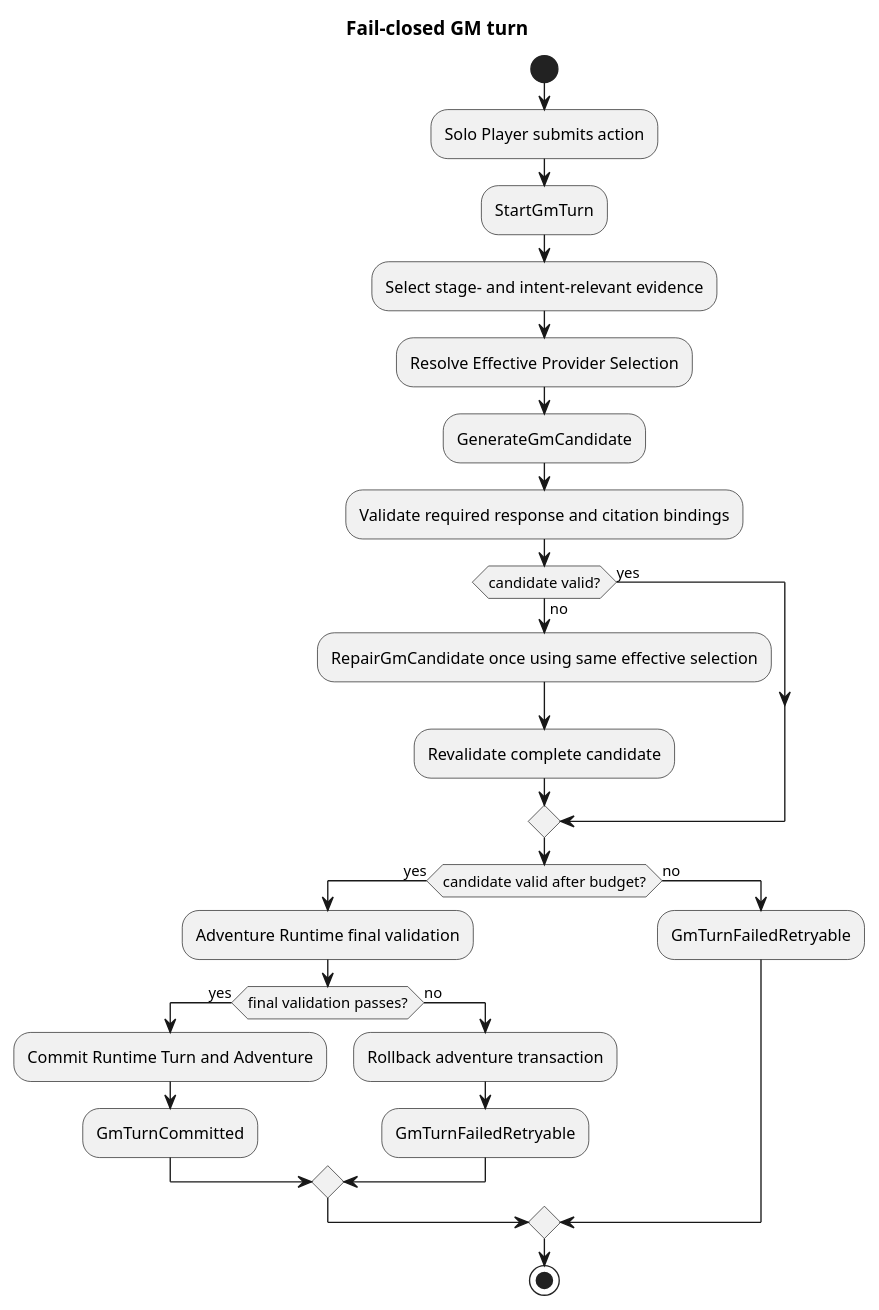
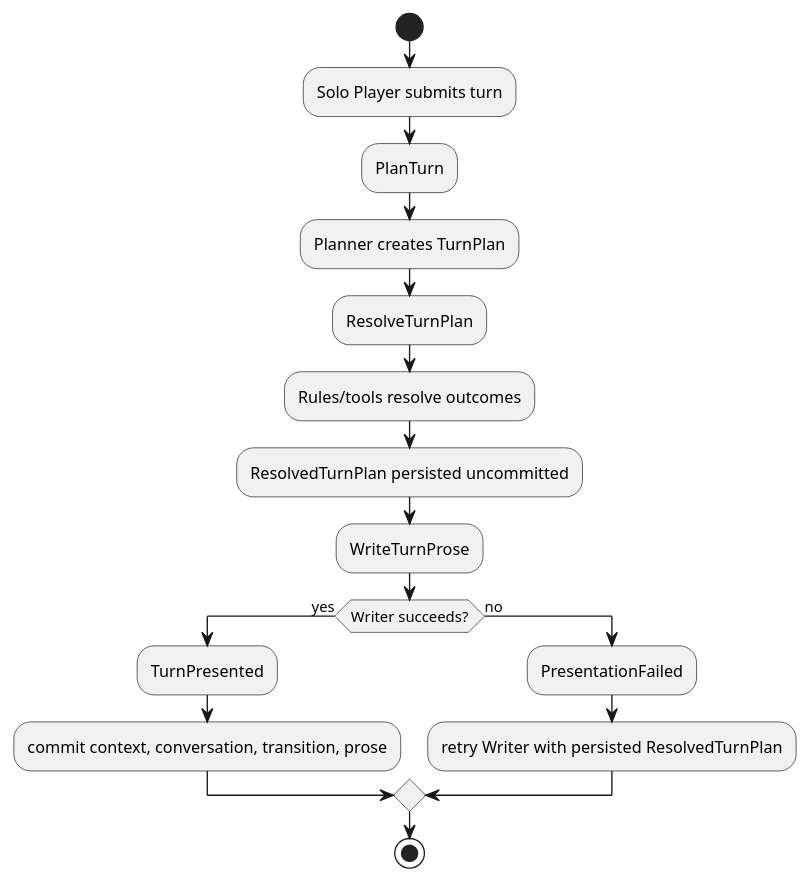
The first of 2 diagrams in docs/specs/architecture-spec.md (omegafrog/dnd-master), drawn with PlantUML before and after one commit. The commit also changed other lines of this file and 6 other files, not shown here.

Commit message:
docs: plan planner writer separation

````diff
--- a/docs/specs/architecture-spec.md
+++ b/docs/specs/architecture-spec.md
@@ -81,30 +26,20 @@
 ```plantuml
 @startuml
-title Fail-closed GM turn
 start
-:Solo Player submits action;
-:StartGmTurn;
-:Select stage- and intent-relevant evidence;
-:Resolve Effective Provider Selection;
-:GenerateGmCandidate;
-:Validate required response and citation bindings;
-if (candidate valid?) then (yes)
+:Solo Player submits turn;
+:PlanTurn;
+:Planner creates TurnPlan;
+:ResolveTurnPlan;
+:Rules/tools resolve outcomes;
+:ResolvedTurnPlan persisted uncommitted;
+:WriteTurnProse;
+if (Writer succeeds?) then (yes)
+  :TurnPresented;
+  :commit context, conversation, transition, prose;
 else (no)
-  :RepairGmCandidate once using same effective selection;
-  :Revalidate complete candidate;
-endif
-if (candidate valid after budget?) then (yes)
-  :Adventure Runtime final validation;
-  if (final validation passes?) then (yes)
-    :Commit Runtime Turn and Adventure;
-    :GmTurnCommitted;
-  else (no)
-    :Rollback adventure transaction;
-    :GmTurnFailedRetryable;
-  endif
-else (no)
-  :GmTurnFailedRetryable;
+  :PresentationFailed;
+  :retry Writer with persisted ResolvedTurnPlan;
 endif
 stop
 @enduml
 ```
````
